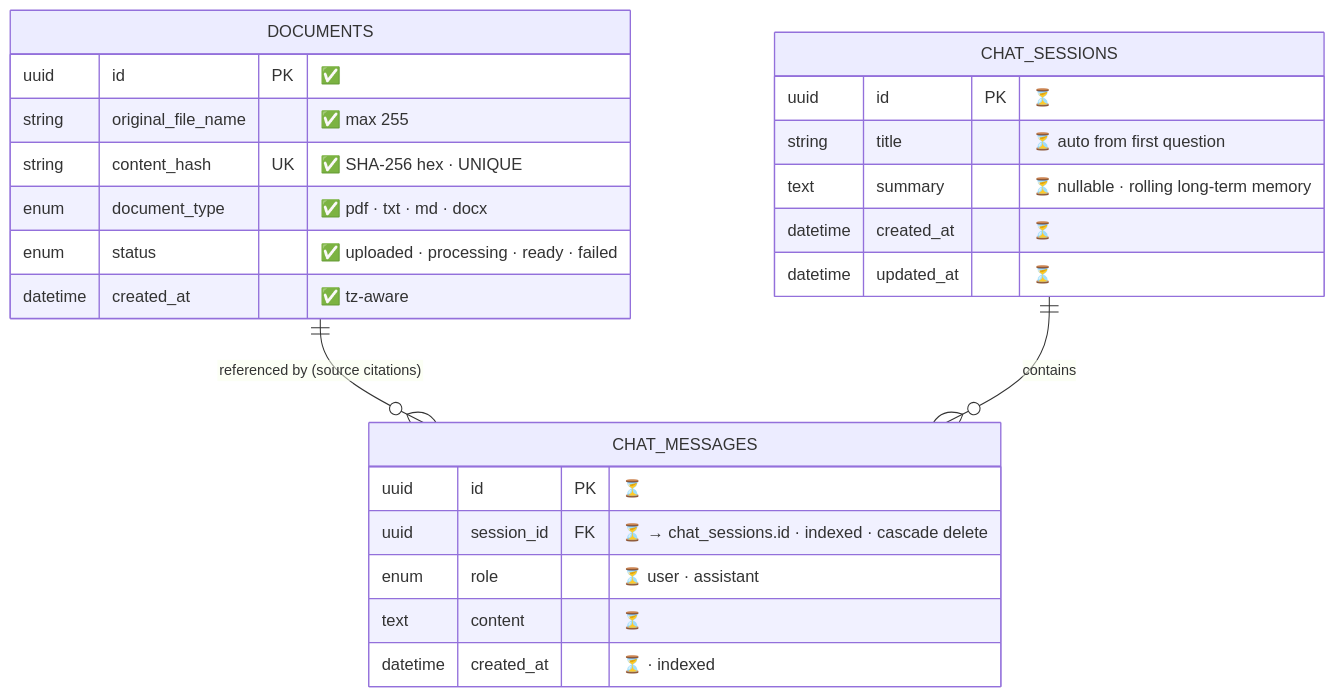
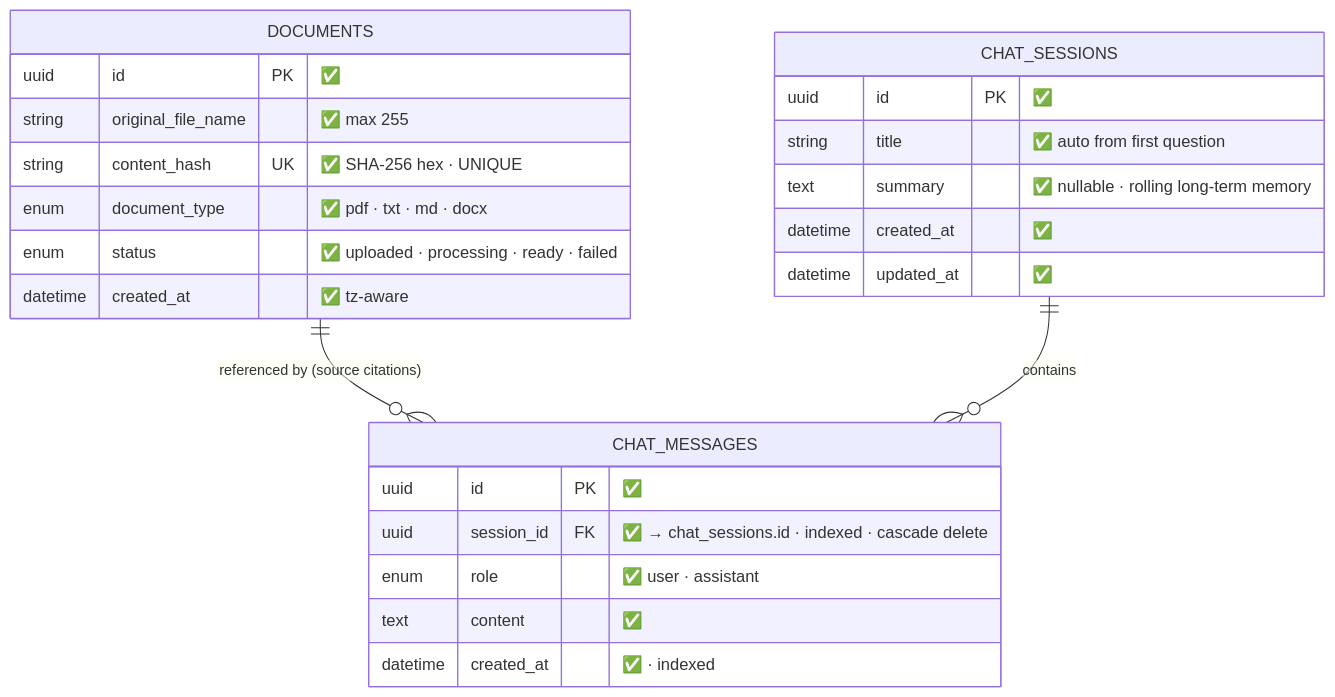
One commit to Abdelrhman941/MyRAG-Project changed the first of 2 diagrams in docs/diagrams/data-schema.md. Above: the diagram before and after it, drawn with Mermaid. The commit also changed 23 other files, not shown here.

````diff
--- a/docs/diagrams/data-schema.md
+++ b/docs/diagrams/data-schema.md
@@ -9,30 +9,30 @@
 ```mermaid
 erDiagram
     DOCUMENTS ||--o{ CHAT_MESSAGES : "referenced by (source citations)"
     CHAT_SESSIONS ||--o{ CHAT_MESSAGES : contains
 
     DOCUMENTS {
         uuid id PK "✅"
         string original_file_name "✅ max 255"
         string content_hash UK "✅ SHA-256 hex · UNIQUE"
         enum document_type "✅ pdf · txt · md · docx"
         enum status "✅ uploaded · processing · ready · failed"
         datetime created_at "✅ tz-aware"
     }
 
     CHAT_SESSIONS {
-        uuid id PK "⏳"
-        string title "⏳ auto from first question"
-        text summary "⏳ nullable · rolling long-term memory"
-        datetime created_at "⏳"
-        datetime updated_at "⏳"
+        uuid id PK "✅"
+        string title "✅ auto from first question"
+        text summary "✅ nullable · rolling long-term memory"
+        datetime created_at "✅"
+        datetime updated_at "✅"
     }
 
     CHAT_MESSAGES {
-        uuid id PK "⏳"
-        uuid session_id FK "⏳ → chat_sessions.id · indexed · cascade delete"
-        enum role "⏳ user · assistant"
-        text content "⏳"
-        datetime created_at "⏳ · indexed"
+        uuid id PK "✅"
+        uuid session_id FK "✅ → chat_sessions.id · indexed · cascade delete"
+        enum role "✅ user · assistant"
+        text content "✅"
+        datetime created_at "✅ · indexed"
     }
 ```
````
